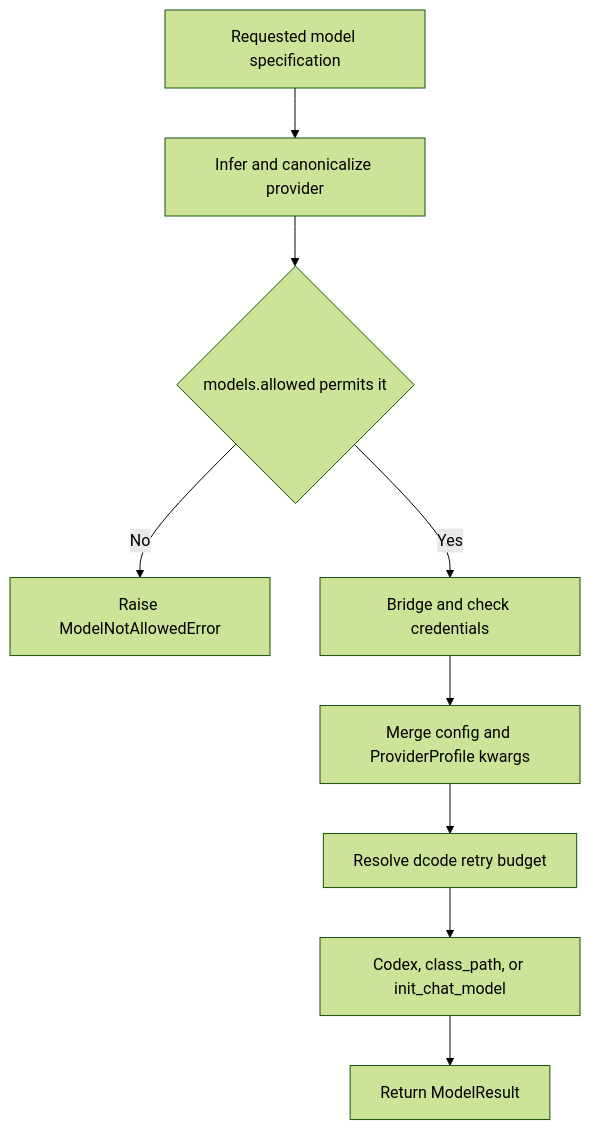
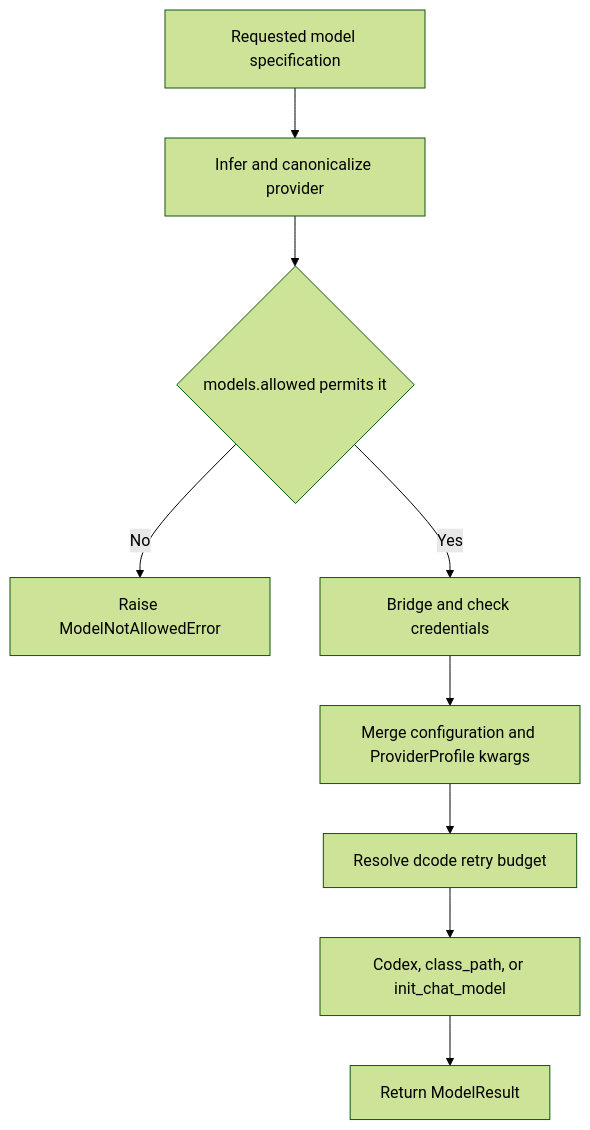
The second of 3 diagrams in openwiki/concepts/profiles-models.md (langchain-ai/deepagents), drawn with Mermaid (forest theme) before and after one commit. The commit also changed other lines of this file and 35 other files, not shown here.

````diff
--- a/openwiki/concepts/profiles-models.md
+++ b/openwiki/concepts/profiles-models.md
@@ -97,11 +98,11 @@
 ```mermaid
 flowchart TD
     Request["Requested model specification"] --> Canonical["Infer and canonicalize provider"]
     Canonical --> Permit{"models.allowed permits it"}
     Permit -->|No| Deny["Raise ModelNotAllowedError"]
     Permit -->|Yes| Credentials["Bridge and check credentials"]
-    Credentials --> Compose["Merge config and ProviderProfile kwargs"]
+    Credentials --> Compose["Merge configuration and ProviderProfile kwargs"]
     Compose --> Retry["Resolve dcode retry budget"]
     Retry --> Construct["Codex, class_path, or init_chat_model"]
     Construct --> Result["Return ModelResult"]
 ```
````
